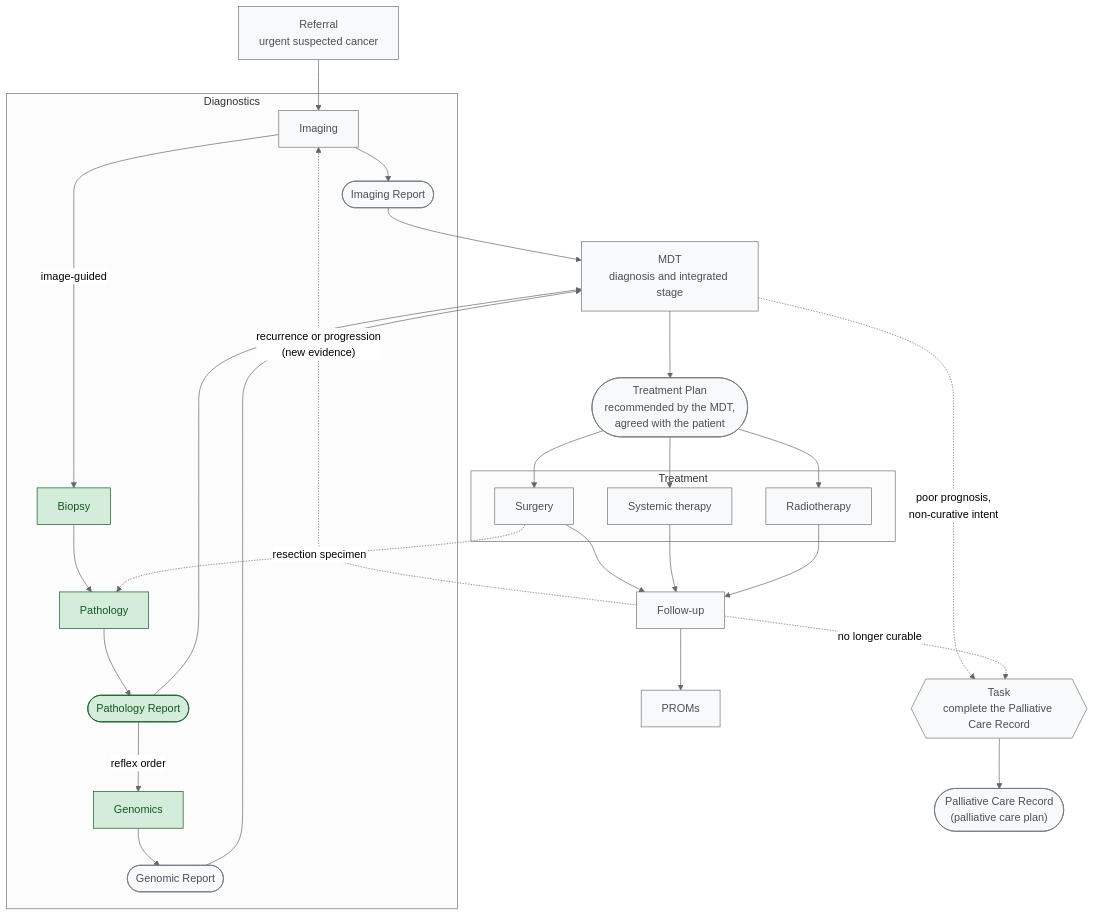
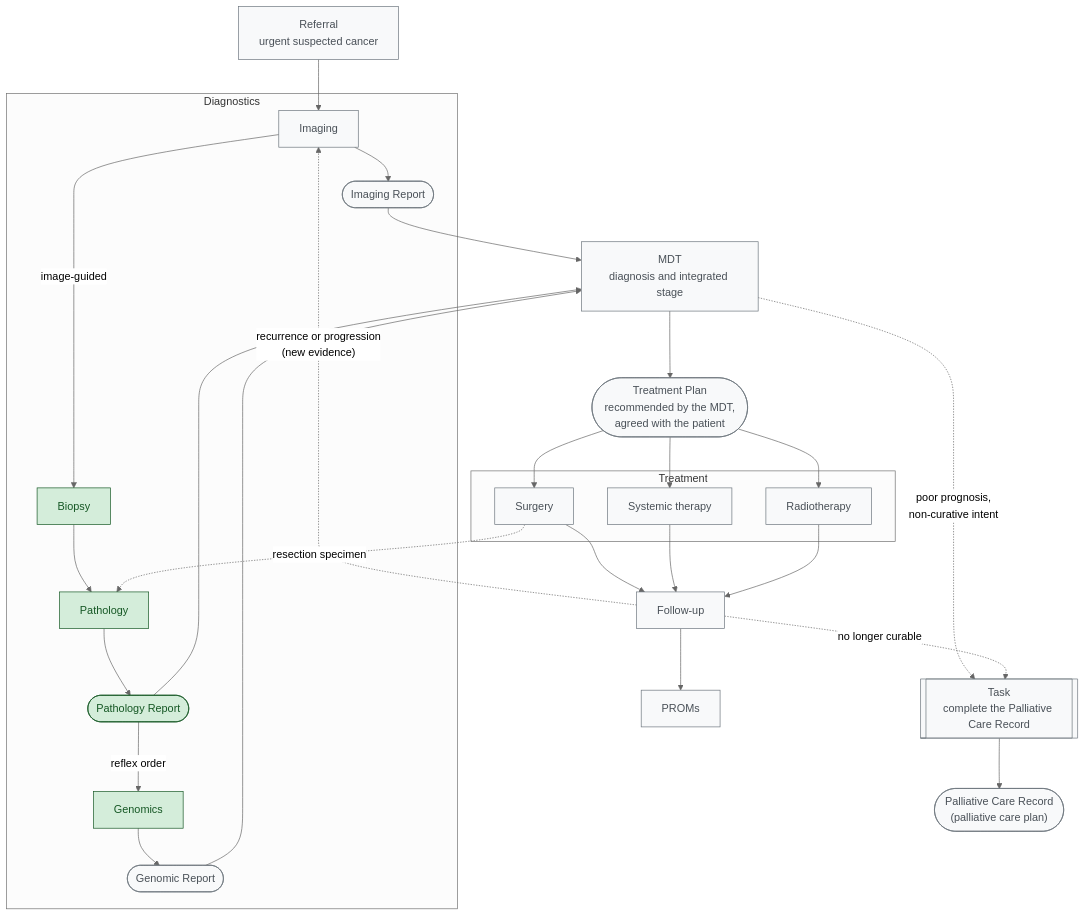
The first of 2 diagrams in input/pagecontent/CancerPathway.md (KevinMayfield/CancerPathologyReport), drawn with Mermaid (neutral theme) before and after one commit. The commit also changed 1 other file, not shown here.

Commit message:
Mermaid: palliative care Task as a subroutine box, not a hexagon
Liquid in the IG Publisher stripped the {{ }} of the hexagon node, so the
Care Processes and Cancer Pathway diagrams failed to parse.

````diff
--- a/input/pagecontent/CancerPathway.md
+++ b/input/pagecontent/CancerPathway.md
@@ -23,49 +23,49 @@
 ```mermaid
 flowchart TB
     A["Referral<br/>urgent suspected cancer"]
 
     subgraph DIAG["Diagnostics"]
         B["Imaging"]
         C["Biopsy"]
         D["Pathology"]
         E["Genomics"]
         BR(["Imaging Report"])
         DR(["Pathology Report"])
         ER(["Genomic Report"])
     end
 
     F["MDT<br/>diagnosis and integrated stage"]
     FP(["Treatment Plan<br/>recommended by the MDT,<br/>agreed with the patient"])
 
     subgraph TX["Treatment"]
         G["Surgery"]
         H["Systemic therapy"]
         I["Radiotherapy"]
     end
 
     J["Follow-up"]
     K["PROMs"]
 
-    PT{{"Task<br/>complete the Palliative Care Record"}}
+    PT[["Task<br/>complete the Palliative Care Record"]]
     PC(["Palliative Care Record<br/>(palliative care plan)"])
 
     A --> B
     B --> BR
     B -->|"image-guided"| C
     C --> D --> DR
     DR -->|"reflex order"| E
     E --> ER
     BR & DR & ER --> F
     F --> FP --> G & H & I
     G -.->|"resection specimen"| D
     G & H & I --> J --> K
     J -.->|"recurrence or progression<br/>(new evidence)"| B
     F -.->|"poor prognosis,<br/>non-curative intent"| PT
     J -.->|"no longer curable"| PT
     PT --> PC
 
     classDef inscope fill:#d4edda,stroke:#155724,color:#155724
     classDef context fill:#f8f9fa,stroke:#6c757d,color:#495057
     class C,D,DR,E inscope
     class A,B,BR,ER,F,FP,G,H,I,J,K,PT,PC context
 ```
````
